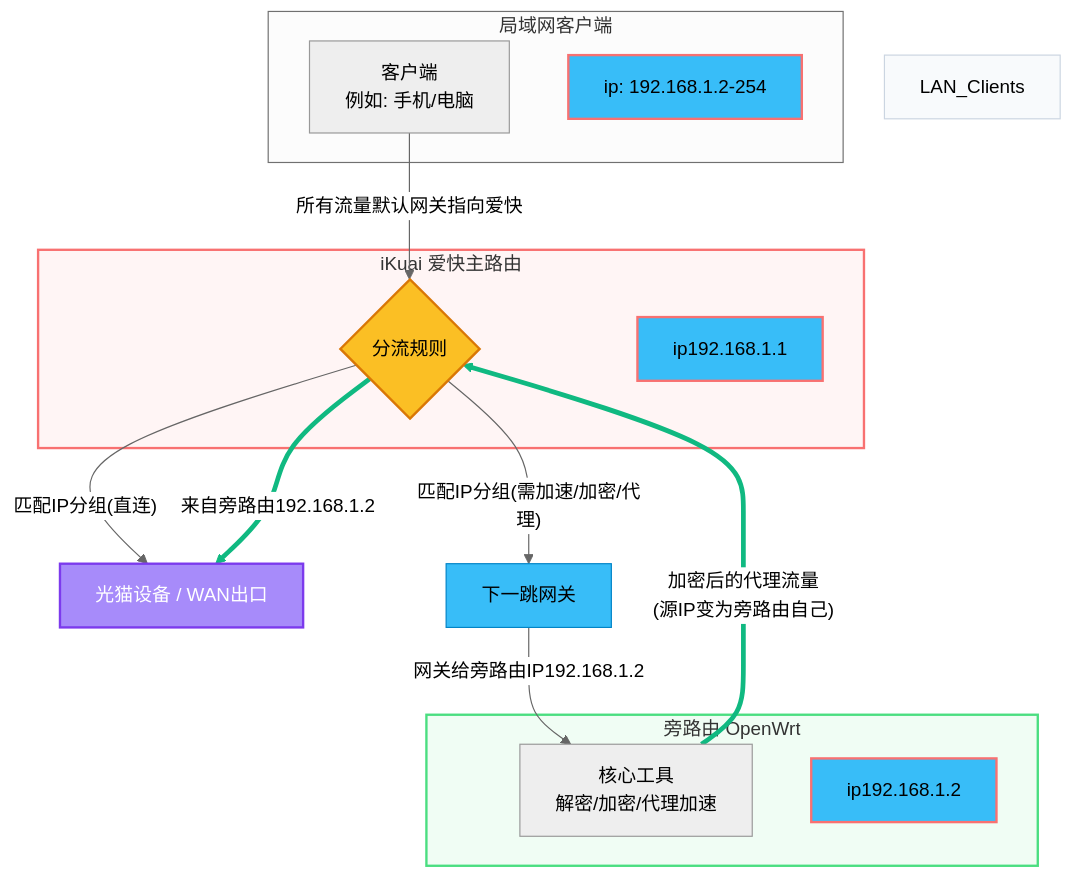
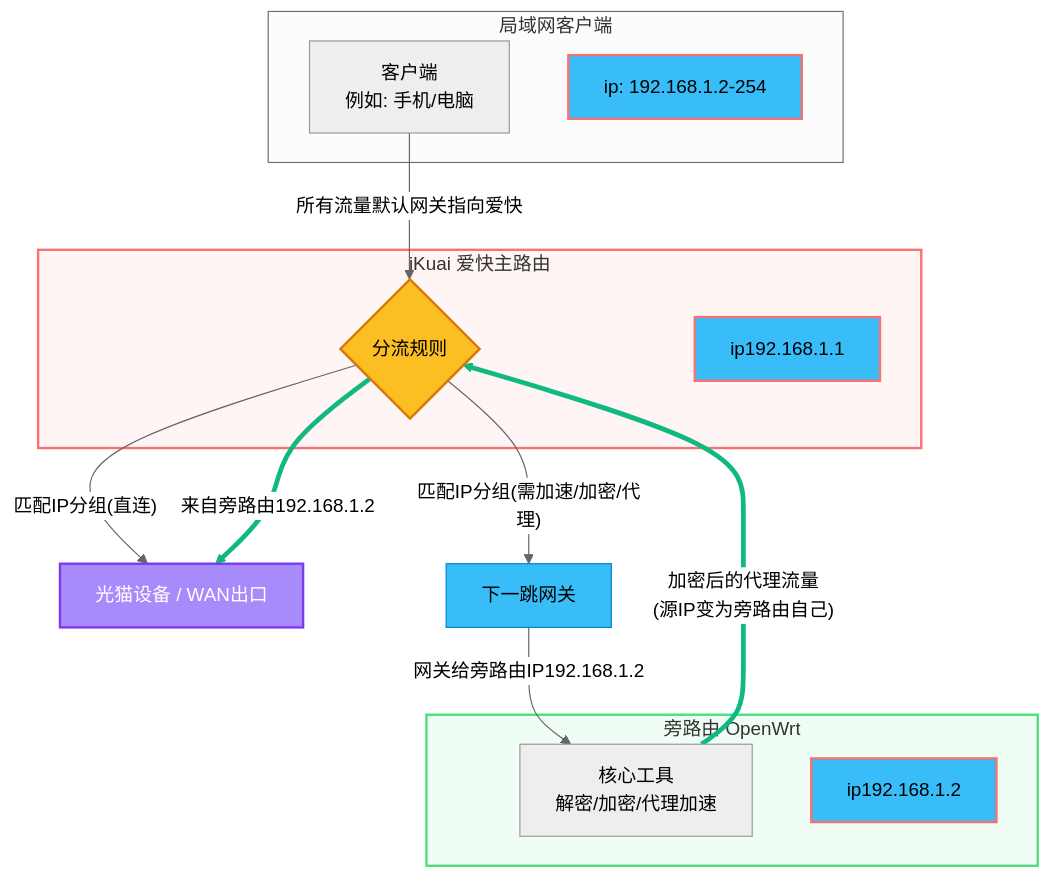
One commit to joyanhui/ikuai-bypass changed the first of 2 diagrams in docs/router-mode.md. Above: the diagram before and after it, drawn with Mermaid (neutral theme). The commit also changed other lines of this file and 14 other files, not shown here.

````diff
--- a/docs/router-mode.md
+++ b/docs/router-mode.md
@@ -33,55 +33,55 @@
 ```mermaid
 graph TD
     %% 外部环境
     光猫设备[光猫设备 / WAN出口]
     
     %% 局域网客户端
     subgraph 局域网客户端
         Client1["客户端<br/>例如: 手机/电脑"]
         ClientIP[ip: 192.168.1.2-254]
     end
     
     %% 爱快主路由系统（独立子图）
     subgraph iKuai_Sys[iKuai 爱快主路由]
         Check{分流规则}
         iKuaiIP[ip192.168.1.1]
     end
 
     %% 旁路由系统（独立子图）
     subgraph Proxy_Sys[旁路由 OpenWrt]
         Proxy_Core["核心工具<br/>解密/加密/代理加速"]
         OpenWrtIP[ip192.168.1.2]
     end
 
     %% --- 流量走向连线 ---
     
     %% 1. 客户端发起请求
     Client1 --> |所有流量默认网关指向爱快| Check
     
     %% 2. 爱快内部规则判断
     Check --> |"匹配IP分组(需加速/加密/代理)"| NextHop[下一跳网关]
     NextHop --> |网关给旁路由IP192.168.1.2| Proxy_Core
     
     Check --> |"匹配IP分组(直连)"| 光猫设备
     Check --> |"来自旁路由192.168.1.2"| 光猫设备
 
     %% 3. 旁路由处理完毕后回传
     Proxy_Core ==> |"加密后的代理流量<br/>(源IP变为旁路由自己)"| Check
 
     %% --- 样式与颜色优化 ---
     
     linkStyle 4 stroke:#10b981,stroke-width:4px;
     linkStyle 5 stroke:#10b981,stroke-width:4px;
     
     style iKuai_Sys fill:#fff5f5,stroke:#f87171,stroke-width:2px
     style Proxy_Sys fill:#f0fdf4,stroke:#4ade80,stroke-width:2px
-    style LAN_Clients fill:#f8fafc,stroke:#cbd5e1,stroke-width:1px
+
     
     style Check fill:#fbbf24,stroke:#d97706,stroke-width:2px
     style NextHop fill:#38bdf8,stroke:#0284c7,stroke-width:1px
     style 光猫设备 fill:#a78bfa,stroke:#7c3aed,stroke-width:2px,color:#fff
     
     style ClientIP fill:#38bdf8,stroke:#f87171,stroke-width:2px
     style iKuaiIP fill:#38bdf8,stroke:#f87171,stroke-width:2px
     style OpenWrtIP fill:#38bdf8,stroke:#f87171,stroke-width:2px
 ```
````
